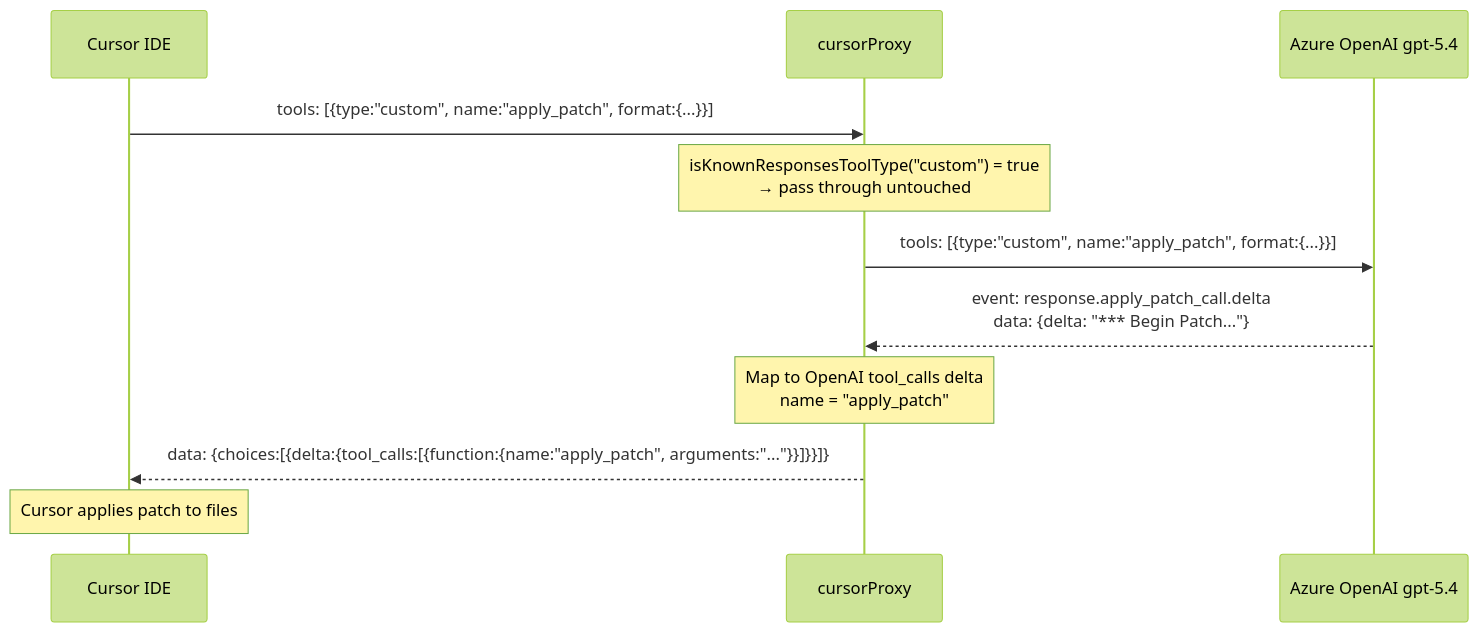
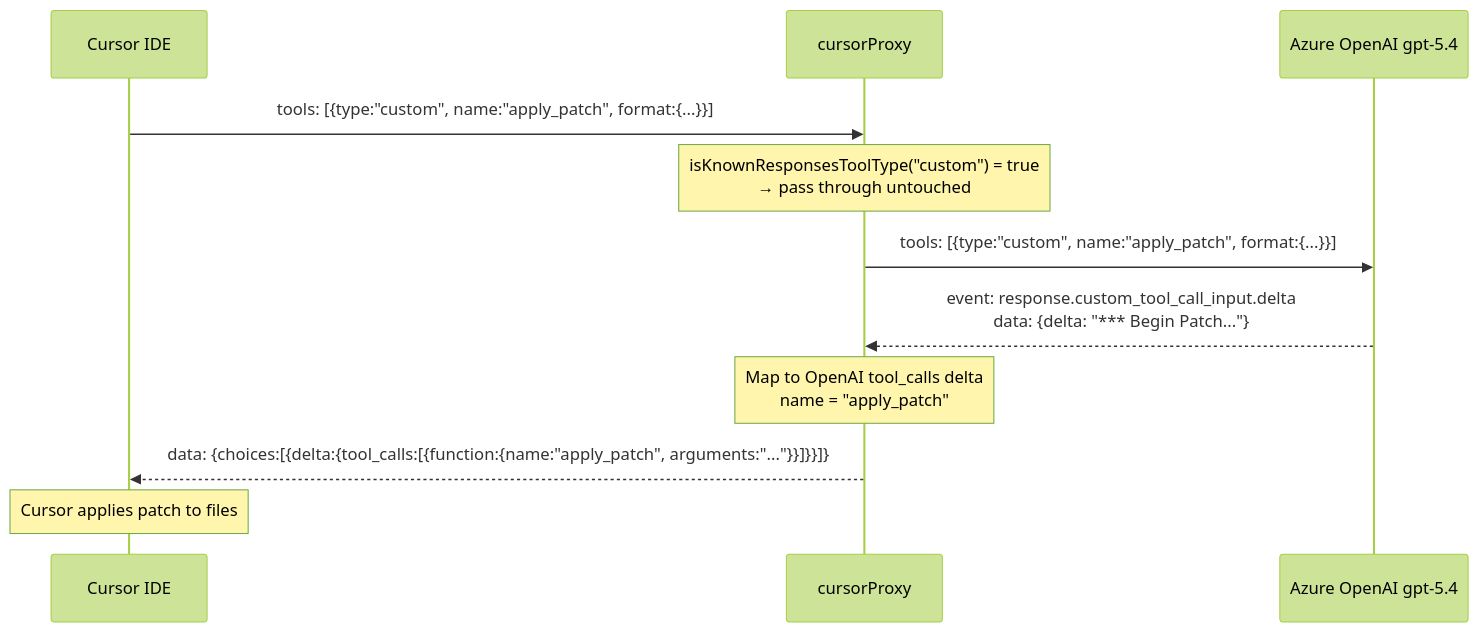
The third of 6 diagrams in doc/azure-openai.md (lqdflying/cursorProxy), drawn with Mermaid (forest theme) before and after one commit. The commit also changed other lines of this file and 7 other files, not shown here.

````diff
--- a/doc/azure-openai.md
+++ b/doc/azure-openai.md
@@ -88,14 +88,14 @@
 ```mermaid
 sequenceDiagram
     participant C as Cursor IDE
     participant P as cursorProxy
     participant AZ as Azure OpenAI gpt-5.4
 
     C->>P: tools: [{type:"custom", name:"apply_patch", format:{...}}]
     Note over P: isKnownResponsesToolType("custom") = true<br/>→ pass through untouched
     P->>AZ: tools: [{type:"custom", name:"apply_patch", format:{...}}]
-    AZ-->>P: event: response.apply_patch_call.delta<br/>data: {delta: "*** Begin Patch..."}
+    AZ-->>P: event: response.custom_tool_call_input.delta<br/>data: {delta: "*** Begin Patch..."}
     Note over P: Map to OpenAI tool_calls delta<br/>name = "apply_patch"
     P-->>C: data: {choices:[{delta:{tool_calls:[{function:{name:"apply_patch", arguments:"..."}}]}}]}
     Note over C: Cursor applies patch to files
 ```
````
